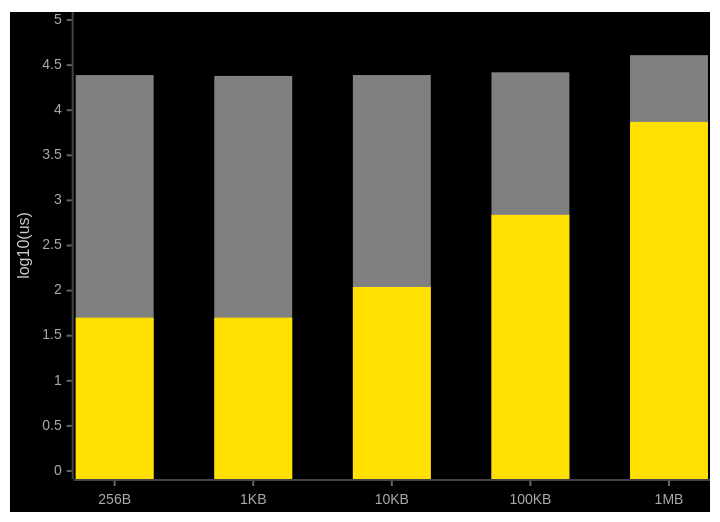
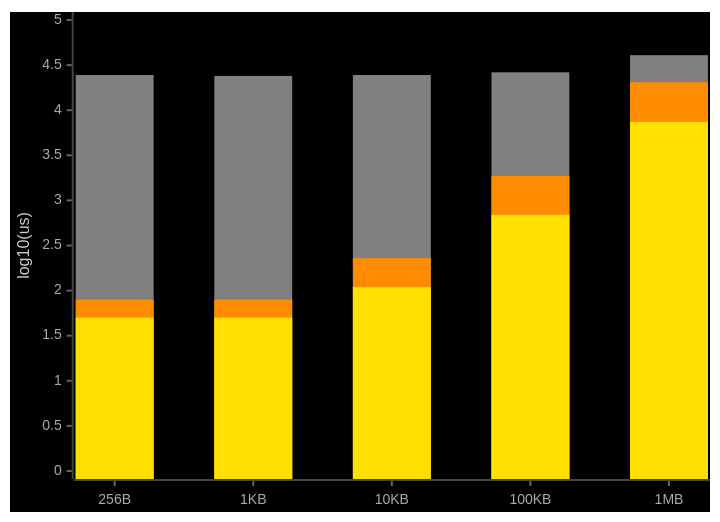
One commit to inference-labs-inc/lightning changed the first of 2 diagrams in README.md. Above: the diagram before and after it, drawn with Mermaid. The commit also changed other lines of this file, not shown here.

Commit message:
Restore three-series charts with front-to-back ordering for bar visibility

````diff
--- a/README.md
+++ b/README.md
@@ -77,25 +78,26 @@
 ```mermaid
 ---
 config:
     xyChart:
         plotReservedSpacePercent: 60
     themeVariables:
         xyChart:
             backgroundColor: "#000000"
-            plotColorPalette: "#808080, #FFE000"
+            plotColorPalette: "#808080, #FF8C00, #FFE000"
             titleColor: "#ffffff"
             xAxisLabelColor: "#aaaaaa"
             xAxisTitleColor: "#cccccc"
             xAxisTickColor: "#666666"
             xAxisLineColor: "#444444"
             yAxisLabelColor: "#aaaaaa"
             yAxisTitleColor: "#cccccc"
             yAxisTickColor: "#666666"
             yAxisLineColor: "#444444"
 ---
 xychart-beta
     x-axis ["256B", "1KB", "10KB", "100KB", "1MB"]
     y-axis "log10(us)" 0 --> 5
     bar "bittensor" [4.39, 4.38, 4.39, 4.42, 4.61]
-    bar "lightning" [1.70, 1.70, 2.04, 2.84, 3.87]
+    bar "lightning (Python)" [1.90, 1.90, 2.36, 3.27, 4.31]
+    bar "lightning (Rust)" [1.70, 1.70, 2.04, 2.84, 3.87]
 ```
````
